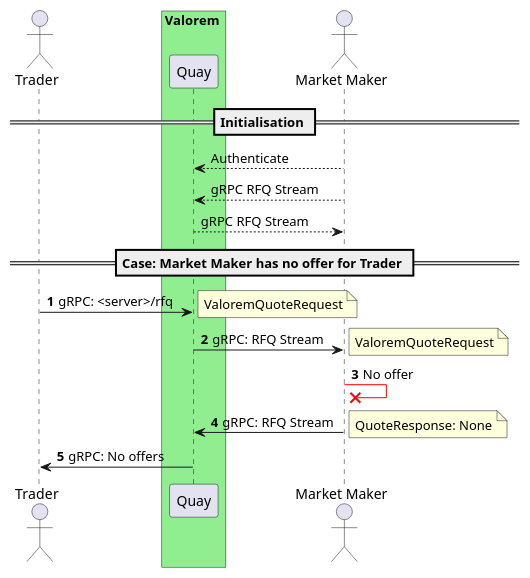
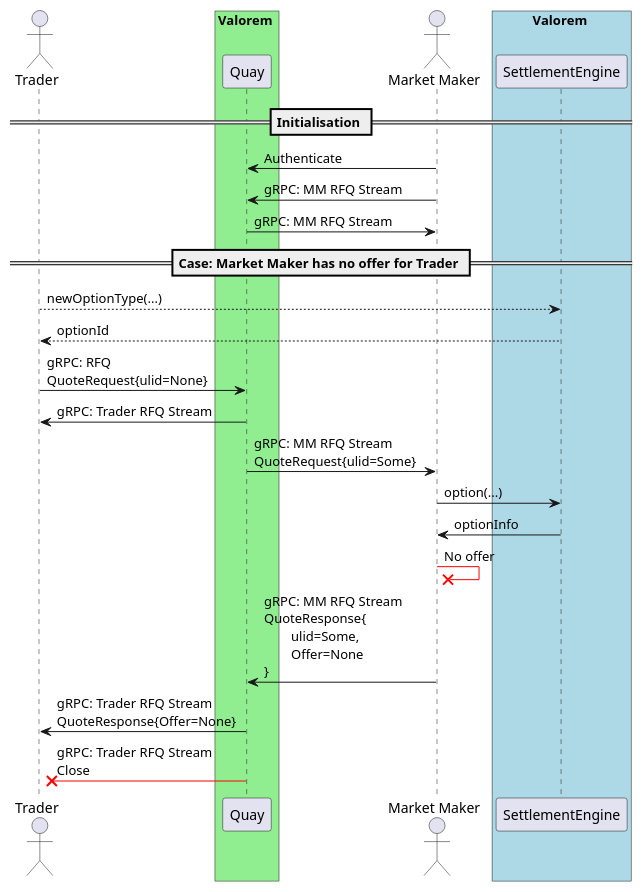
One commit to valorem-labs-inc/quay changed the diagram in docs/diagrams/mm_no_offer.pu. Above: the diagram before and after it, drawn with PlantUML. The commit also changed 10 other files, not shown here.

Commit message:
Trader will always create the option. Updated the sequences to reflect this, removing the sequences which no longer make sense. Updated terms from Trader to Taker. Added on-chain calls

```diff
--- a/docs/diagrams/mm_no_offer.pu
+++ b/docs/diagrams/mm_no_offer.pu
@@ -1,30 +1,29 @@
 @startuml
 
 actor Trader
 box Valorem #LightGreen
 participant Quay
 end box
 actor "Market Maker" as MM
+box Valorem #LightBlue
+participant SettlementEngine as SE
+end box
 
 == Initialisation ==
-MM --> Quay: Authenticate
-MM --> Quay: gRPC RFQ Stream
-Quay --> MM: gRPC RFQ Stream
+MM -> Quay: Authenticate
+MM -> Quay: gRPC: MM RFQ Stream
+Quay -> MM: gRPC: MM RFQ Stream
 
 == Case: Market Maker has no offer for Trader ==
-autonumber
-Trader -> Quay: gRPC: <server>/rfq
-note right
-ValoremQuoteRequest
-end note
-Quay -> MM: gRPC: RFQ Stream
-note right
-ValoremQuoteRequest
-end note
+Trader --> SE: newOptionType(...)
+SE --> Trader: optionId
+Trader -> Quay: gRPC: RFQ\nQuoteRequest{ulid=None}
+Quay -> Trader: gRPC: Trader RFQ Stream
+Quay -> MM: gRPC: MM RFQ Stream\nQuoteRequest{ulid=Some}
+MM -> SE: option(...)
+SE -> MM: optionInfo
 MM -[#red]x MM: No offer
-MM -> Quay: gRPC: RFQ Stream
-note right
-QuoteResponse: None
-end note
-Quay -> Trader: gRPC: No offers
+MM -> Quay: gRPC: MM RFQ Stream\nQuoteResponse{\n\tulid=Some,\n\tOffer=None\n}
+Quay -> Trader: gRPC: Trader RFQ Stream\nQuoteResponse{Offer=None}
+Quay -[#red]X Trader: gRPC: Trader RFQ Stream\nClose
 @enduml
```
